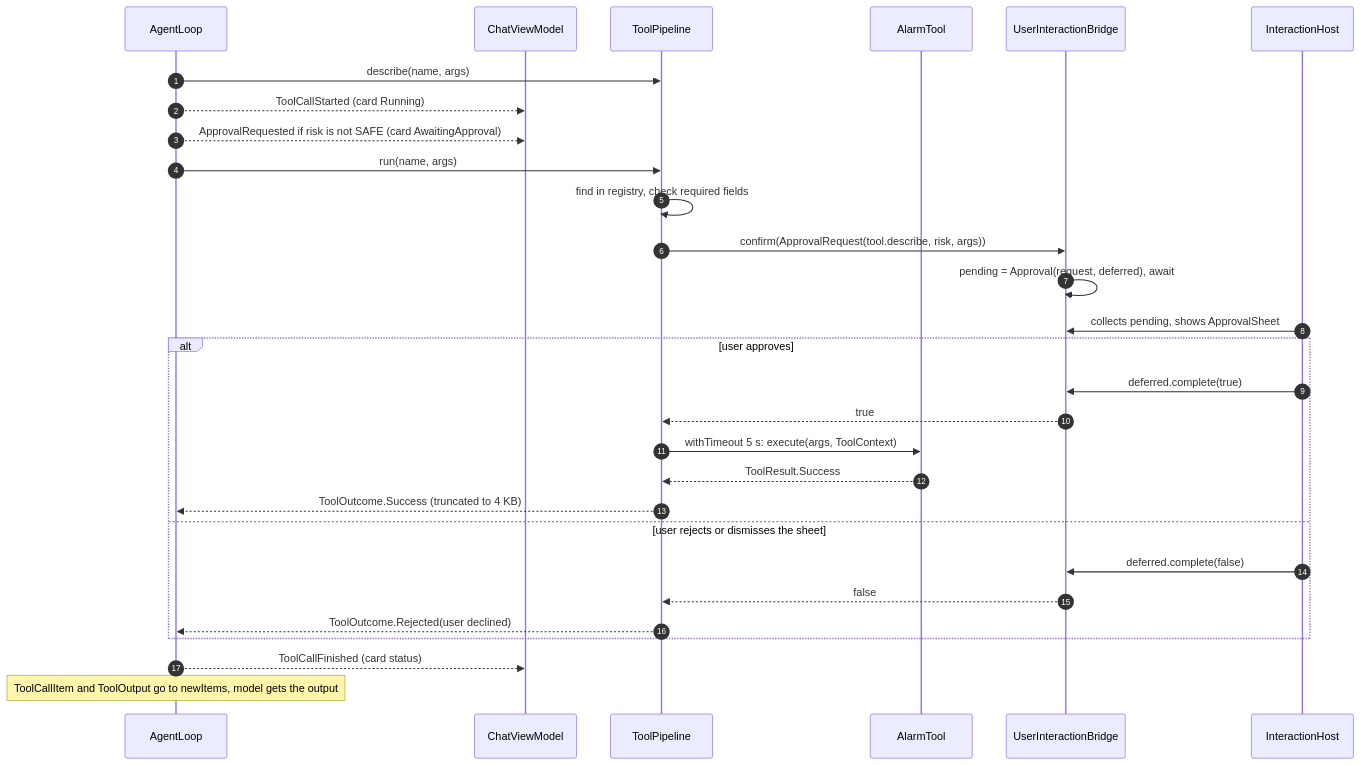
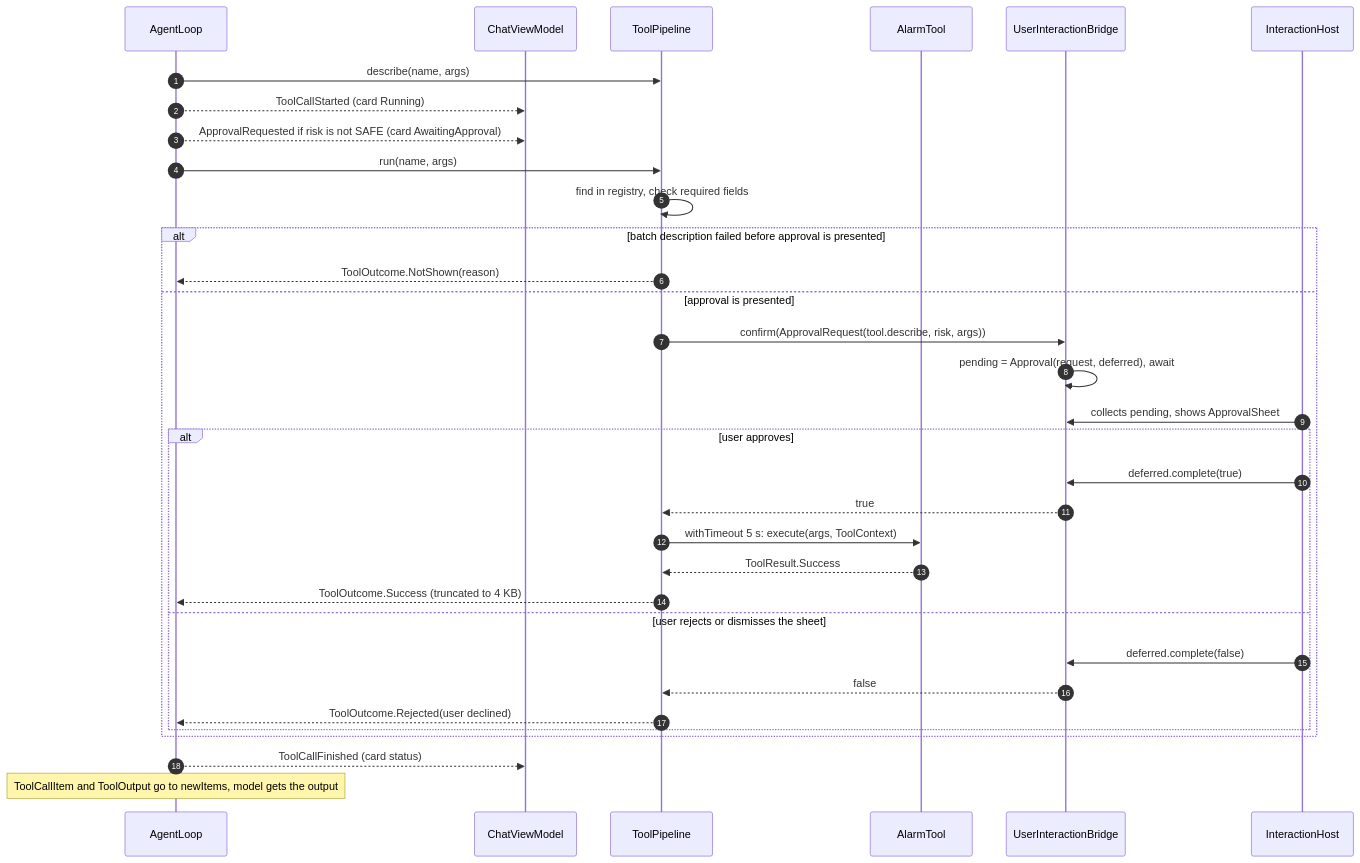
Before and after one commit to ValievM/phone-agent: the second of 6 diagrams in docs/architecture/map-flows.md, drawn with Mermaid. The commit also changed other lines of this file and 30 other files, not shown here.

Commit message:
Add handoff and not-shown card statuses (Refs #40)

````diff
--- a/docs/architecture/map-flows.md
+++ b/docs/architecture/map-flows.md
@@ -63,31 +63,35 @@
 ```mermaid
 sequenceDiagram
 autonumber
 participant AL as AgentLoop
 participant VM as ChatViewModel
 participant Pipe as ToolPipeline
 participant Tool as AlarmTool
 participant Br as UserInteractionBridge
 participant Host as InteractionHost
 AL->>Pipe: describe(name, args)
 AL-->>VM: ToolCallStarted (card Running)
 AL-->>VM: ApprovalRequested if risk is not SAFE (card AwaitingApproval)
 AL->>Pipe: run(name, args)
 Pipe->>Pipe: find in registry, check required fields
-Pipe->>Br: confirm(ApprovalRequest(tool.describe, risk, args))
-Br->>Br: pending = Approval(request, deferred), await
-Host->>Br: collects pending, shows ApprovalSheet
-alt user approves
-Host->>Br: deferred.complete(true)
-Br-->>Pipe: true
-Pipe->>Tool: withTimeout 5 s: execute(args, ToolContext)
-Tool-->>Pipe: ToolResult.Success
-Pipe-->>AL: ToolOutcome.Success (truncated to 4 KB)
-else user rejects or dismisses the sheet
-Host->>Br: deferred.complete(false)
-Br-->>Pipe: false
-Pipe-->>AL: ToolOutcome.Rejected(user declined)
+alt batch description failed before approval is presented
+  Pipe-->>AL: ToolOutcome.NotShown(reason)
+else approval is presented
+  Pipe->>Br: confirm(ApprovalRequest(tool.describe, risk, args))
+  Br->>Br: pending = Approval(request, deferred), await
+  Host->>Br: collects pending, shows ApprovalSheet
+  alt user approves
+    Host->>Br: deferred.complete(true)
+    Br-->>Pipe: true
+    Pipe->>Tool: withTimeout 5 s: execute(args, ToolContext)
+    Tool-->>Pipe: ToolResult.Success
+    Pipe-->>AL: ToolOutcome.Success (truncated to 4 KB)
+  else user rejects or dismisses the sheet
+    Host->>Br: deferred.complete(false)
+    Br-->>Pipe: false
+    Pipe-->>AL: ToolOutcome.Rejected(user declined)
+  end
 end
 AL-->>VM: ToolCallFinished (card status)
 Note over AL: ToolCallItem and ToolOutput go to newItems, model gets the output
 ```
````
